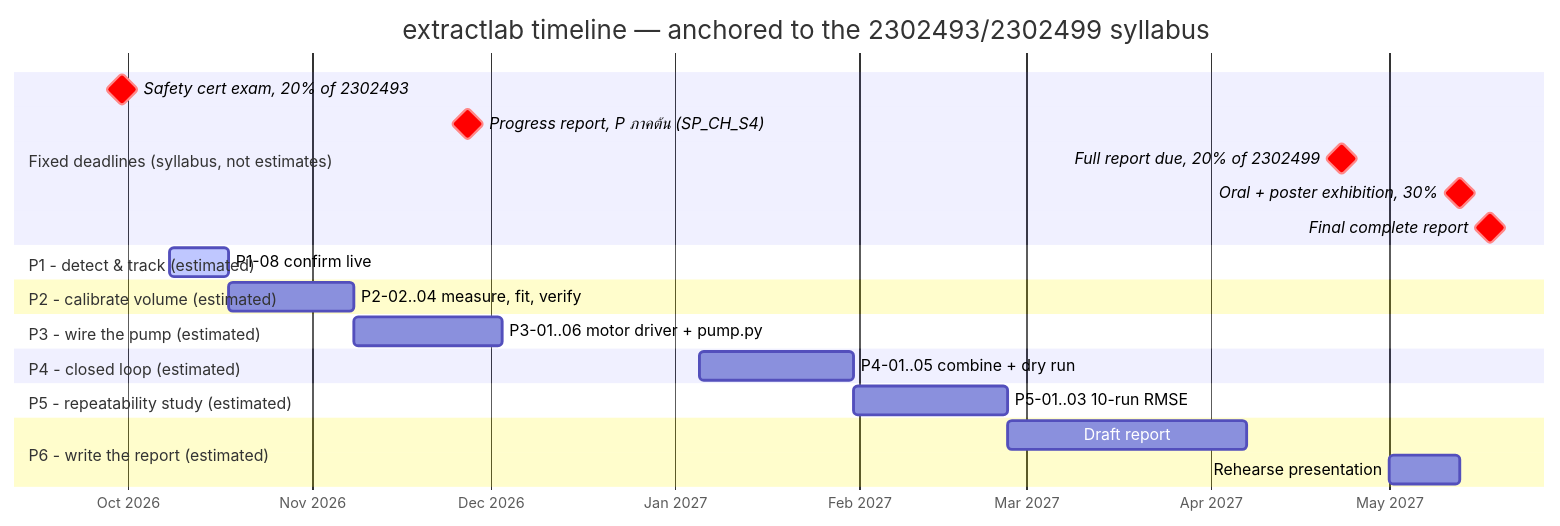
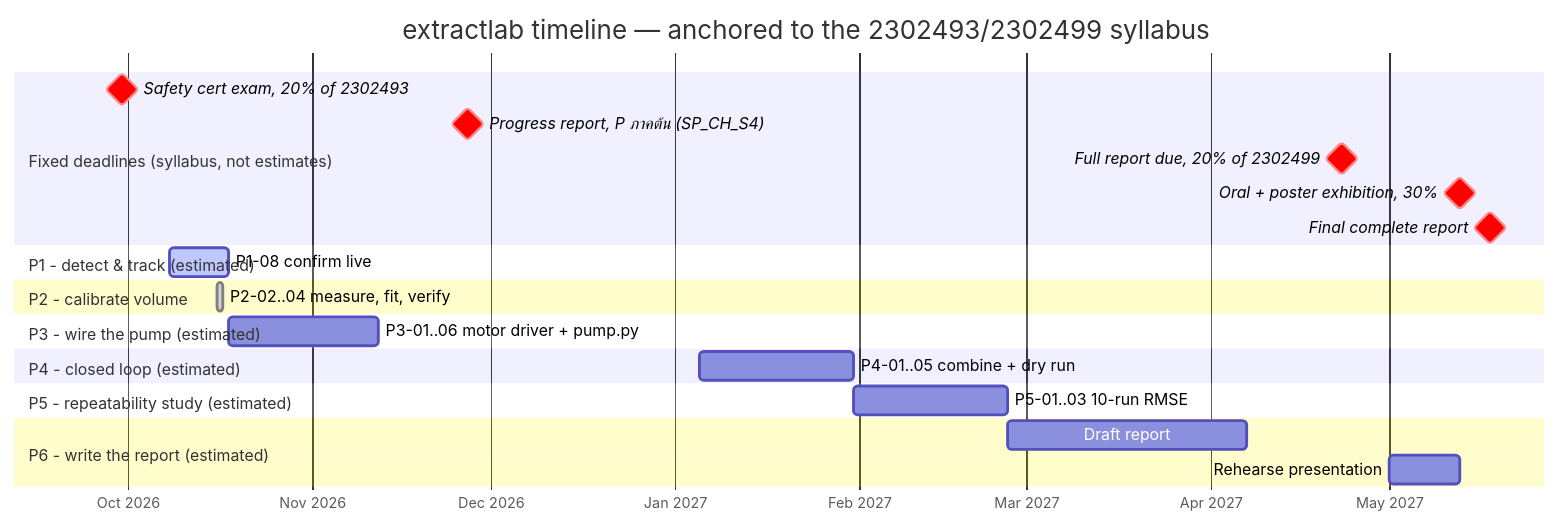
One commit to Cherrpxp/extractlab changed the second of 2 diagrams in README.md. Above: the diagram before and after it, drawn with Mermaid. The commit also changed other lines of this file and 5 other files, not shown here.

First line of the commit message:
docs: sync roadmap/milestones/sprints/stories/sprint-backlog and README with P2 closing

````diff
--- a/README.md
+++ b/README.md
@@ -74,32 +74,32 @@
 ```mermaid
 gantt
     title extractlab timeline — anchored to the 2302493/2302499 syllabus
     dateFormat YYYY-MM-DD
     axisFormat %b %Y
 
     section Fixed deadlines (syllabus, not estimates)
     Safety cert exam, 20% of 2302493        :crit, milestone, dl1, 2026-09-30, 0d
     Progress report, P ภาคต้น (SP_CH_S4)     :crit, milestone, dl2, 2026-11-27, 0d
     Full report due, 20% of 2302499         :crit, milestone, dl3, 2027-04-23, 0d
     Oral + poster exhibition, 30%           :crit, milestone, dl4, 2027-05-13, 0d
     Final complete report                   :crit, milestone, dl5, 2027-05-18, 0d
 
     section P1 - detect & track (estimated)
     P1-08 confirm live                      :active, p1, 2026-10-08, 10d
 
-    section P2 - calibrate volume (estimated)
-    P2-02..04 measure, fit, verify          :p2, after p1, 21d
+    section P2 - calibrate volume
+    P2-02..04 measure, fit, verify          :done, p2, 2026-10-16, 1d
 
     section P3 - wire the pump (estimated)
-    P3-01..06 motor driver + pump.py        :p3, after p2, 25d
+    P3-01..06 motor driver + pump.py        :p3, after p1, 25d
 
     section P4 - closed loop (estimated)
     P4-01..05 combine + dry run             :p4, 2027-01-05, 26d
 
     section P5 - repeatability study (estimated)
     P5-01..03 10-run RMSE                   :p5, after p4, 26d
 
     section P6 - write the report (estimated)
     Draft report                            :p6, after p5, 40d
     Rehearse presentation                   :p6b, 2027-05-01, 12d
 ```
````
